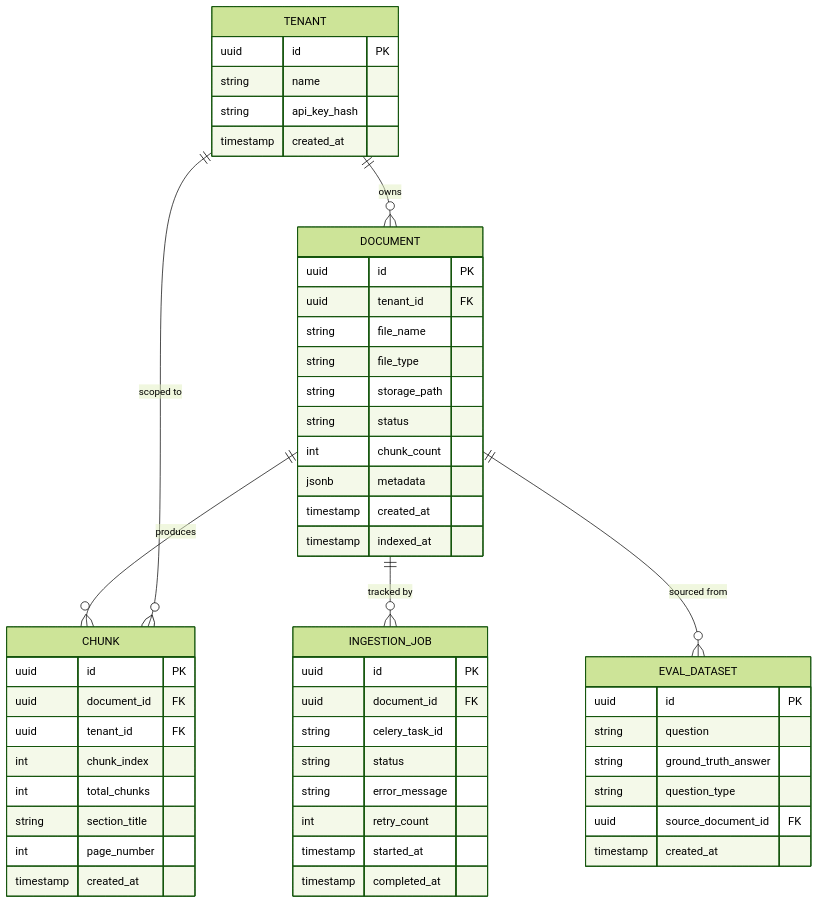
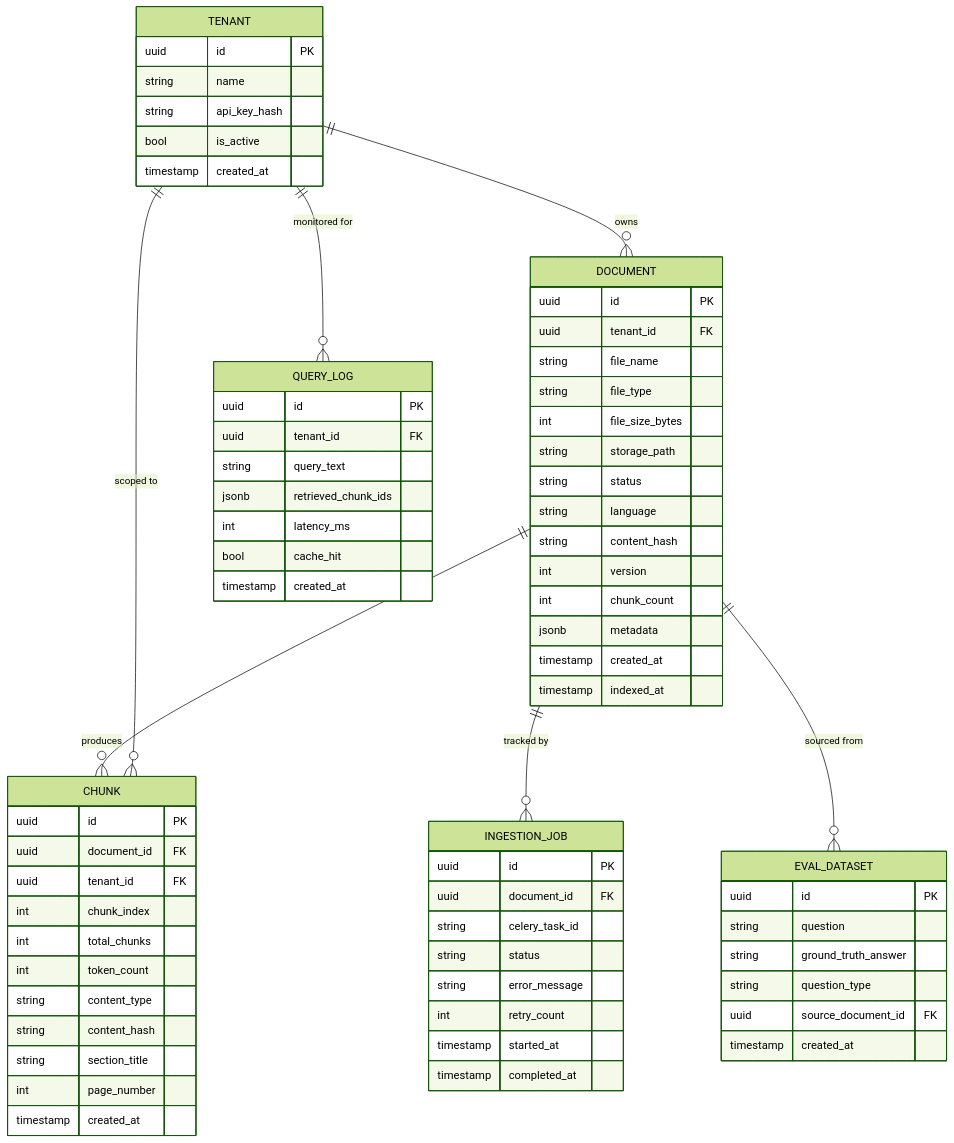
The second of 2 diagrams in TDD.md (ismail-yahya/production-rag-system), drawn with Mermaid (forest theme) before and after one commit. The commit also changed other lines of this file and 21 other files, not shown here.

````diff
--- a/TDD.md
+++ b/TDD.md
@@ -96,59 +96,78 @@
 ```mermaid
 erDiagram
     TENANT {
         uuid id PK
         string name
         string api_key_hash
+        bool is_active
         timestamp created_at
     }
 
     DOCUMENT {
         uuid id PK
         uuid tenant_id FK
         string file_name
         string file_type
+        int file_size_bytes
         string storage_path
         string status
+        string language
+        string content_hash
+        int version
         int chunk_count
         jsonb metadata
         timestamp created_at
         timestamp indexed_at
     }
 
     CHUNK {
         uuid id PK
         uuid document_id FK
         uuid tenant_id FK
         int chunk_index
         int total_chunks
+        int token_count
+        string content_type
+        string content_hash
         string section_title
         int page_number
         timestamp created_at
     }
 
     INGESTION_JOB {
         uuid id PK
         uuid document_id FK
         string celery_task_id
         string status
         string error_message
         int retry_count
         timestamp started_at
         timestamp completed_at
     }
 
+    QUERY_LOG {
+        uuid id PK
+        uuid tenant_id FK
+        string query_text
+        jsonb retrieved_chunk_ids
+        int latency_ms
+        bool cache_hit
+        timestamp created_at
+    }
+
     EVAL_DATASET {
         uuid id PK
         string question
         string ground_truth_answer
         string question_type
         uuid source_document_id FK
         timestamp created_at
     }
 
     TENANT ||--o{ DOCUMENT : "owns"
     DOCUMENT ||--o{ CHUNK : "produces"
     DOCUMENT ||--o{ INGESTION_JOB : "tracked by"
     DOCUMENT ||--o{ EVAL_DATASET : "sourced from"
     TENANT ||--o{ CHUNK : "scoped to"
+    TENANT ||--o{ QUERY_LOG : "monitored for"
 ```
````
